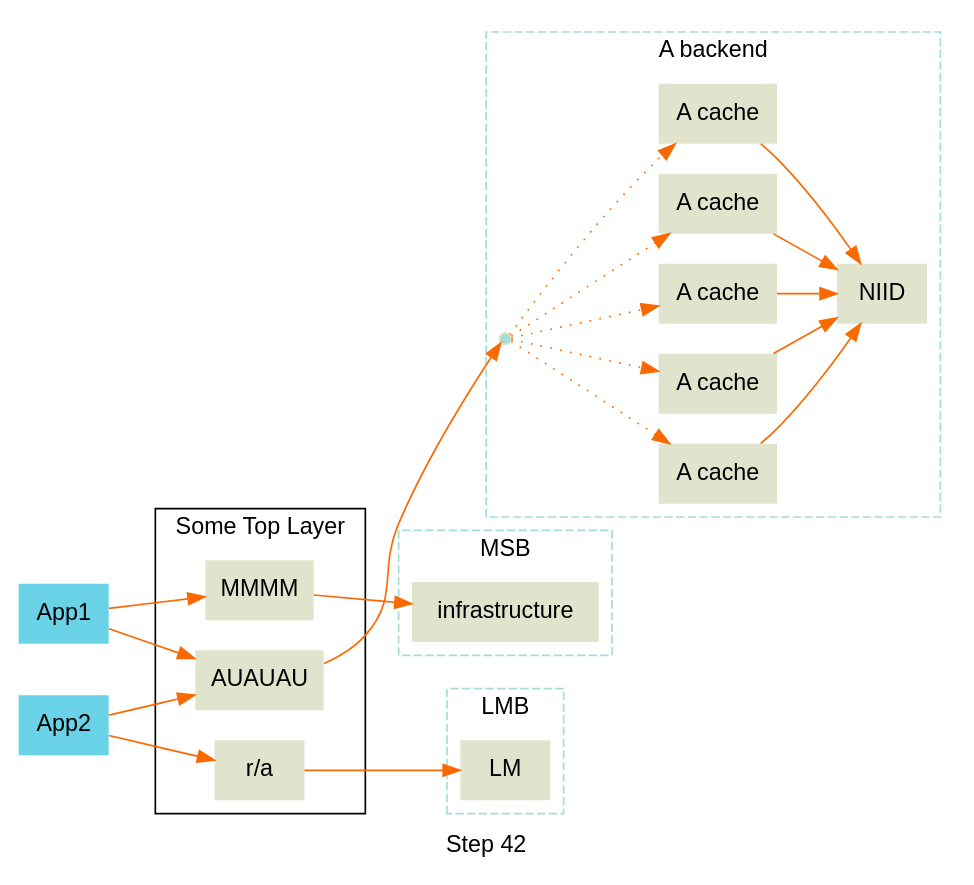
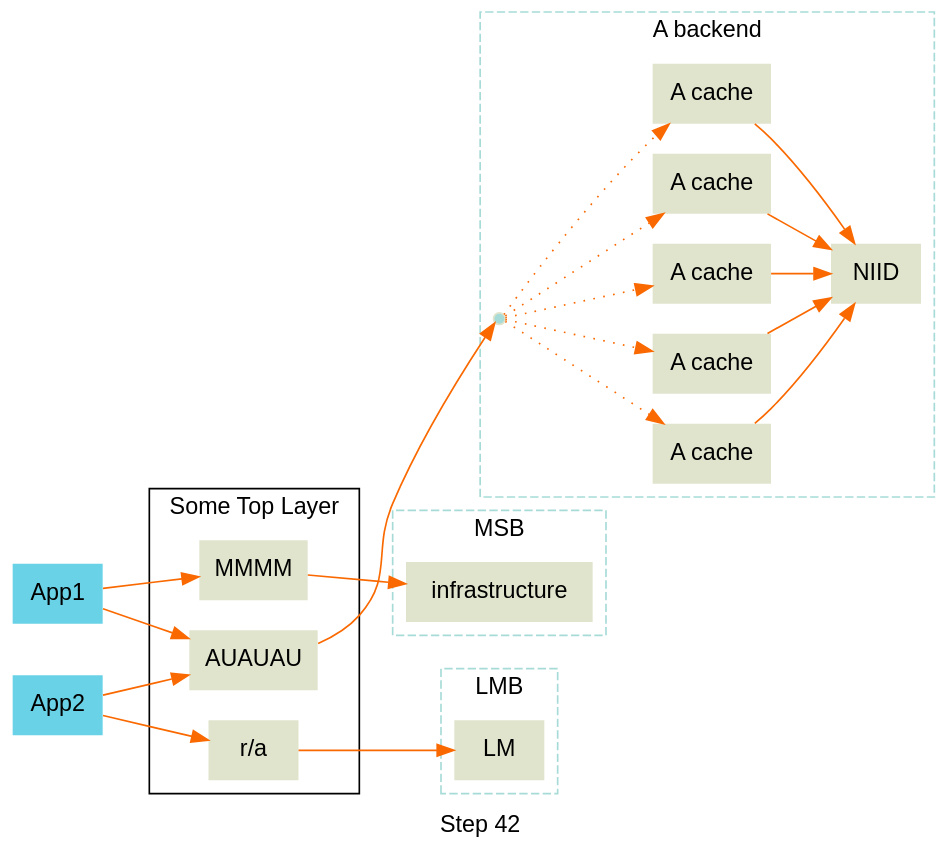
The diagram in source/dot/example.dot (bdejong/doctest), drawn with Graphviz before and after one commit.

Commit message:
transparent backgound

```diff
--- a/source/dot/example.dot
+++ b/source/dot/example.dot
@@ -1,58 +1,58 @@
 digraph G
 {
-    graph [fontname=Helvetica]
+    graph [fontname=Helvetica, bgcolor="transparent"]
     node [fontname=Helvetica, shape=plaintext, style=filled, color="#E0E4CC"];
     edge [fontname=Helvetica, arrowhead=normal, arrowtail=dot, color="#FA6900"];
 
     rankdir=LR;
     {
         rank=source;
         TTTT;
         SSSCCC;
     }
   
     label = "Step 42"
     
     subgraph cluster_auth {
 		label = "A backend";
         p1 [label="A cache"];
         p2 [label="A cache"];
         p3 [label="A cache"];
         p4 [label="A cache"];
         p5 [label="A cache"];
 		{p1 p2 p3 p4 p5} -> NIID;
         spread [label="", fillcolor="#A7DBD8", style=filled, shape=circle, fixedsize=true, width=0.1]
         spread -> {p1 p2 p3 p4 p5} [style=dotted];
         graph[style=dashed, color="#A7DBD8"];
 	}
     
     subgraph cluster_MMMM {
 		label = "MSB";
         spread2 [label="infrastructure"]
         graph[style=dashed, color="#A7DBD8"];
 	}
 
     subgraph cluster_LM {
 		label = "LMB";
         LM [label="LM"];
         graph[style=dashed, color="#A7DBD8"];
 	}
 
     subgraph cluster_APAPAPAP {
 		label = "Some Top Layer";
         AUAUAU;
         MMMM;
         RRRR [label="r/a"];
     }
     
     TTTT [label="App1", style=filled, fillcolor="#69D2E7"];
     SSSCCC [label="App2", style=filled, fillcolor="#69D2E7"];
     
     TTTT -> AUAUAU;
     TTTT -> MMMM;
     MMMM -> spread2;
     AUAUAU -> spread;
     SSSCCC -> RRRR;
     SSSCCC -> AUAUAU;
     RRRR -> LM;
 }
```
